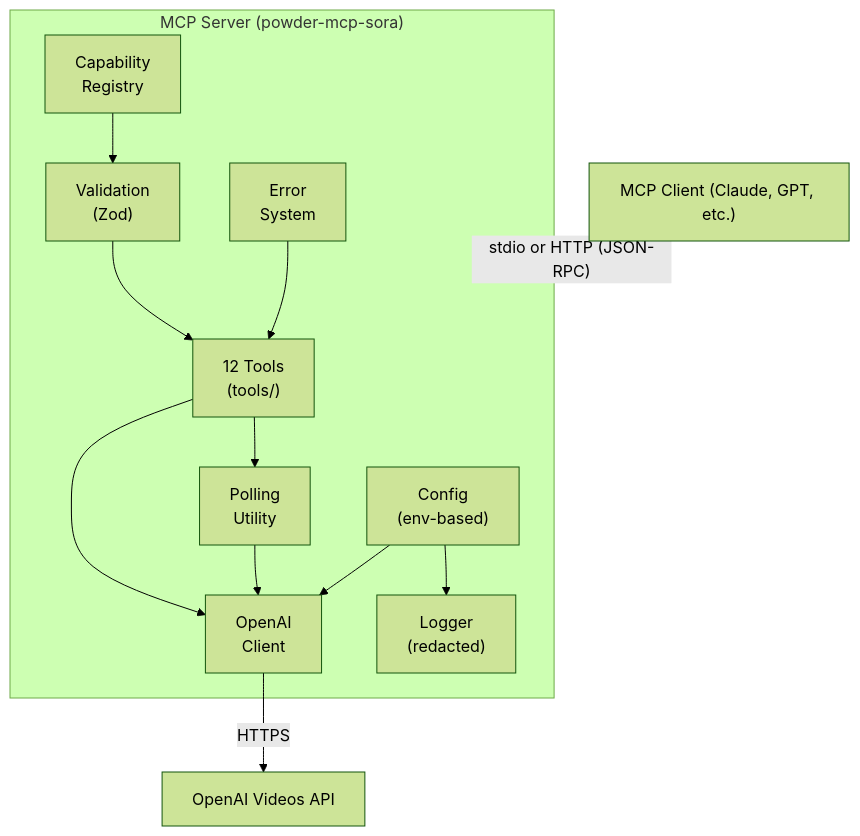
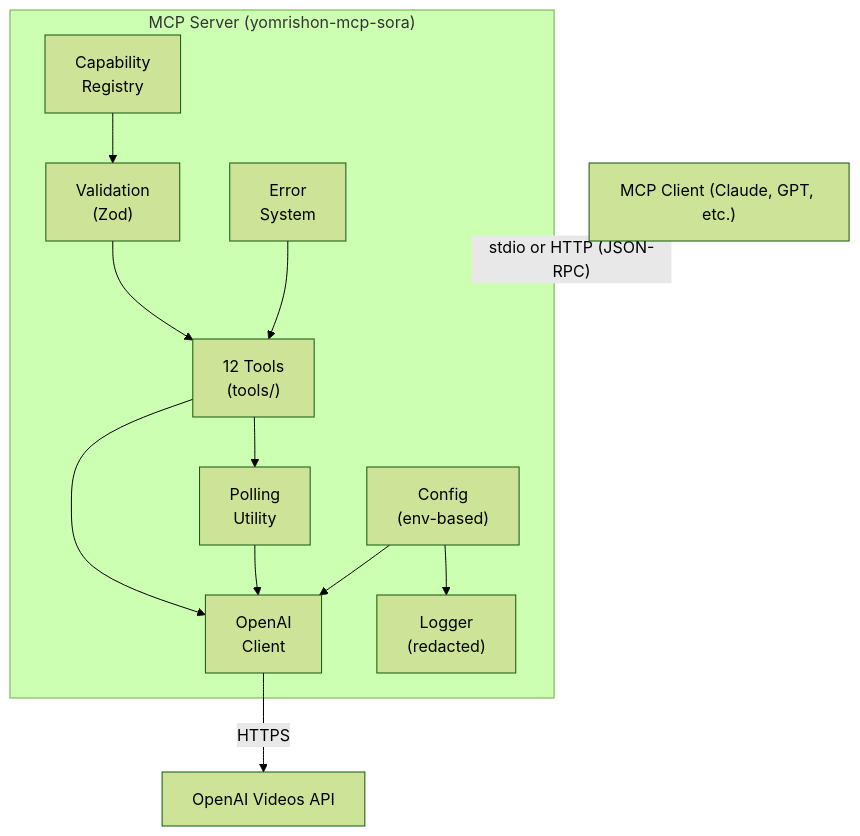
The diagram in README.md (hewlettenterprise/powder-mcp-sora), drawn with Mermaid (forest theme) before and after one commit. The commit also changed other lines of this file and 4 other files, not shown here.

Commit message:
refactor: rename project from powder-mcp-sora to yomrishon-mcp-sora and update related configurations

````diff
--- a/README.md
+++ b/README.md
@@ -11,27 +11,27 @@
 ```mermaid
 graph TD
     Client["MCP Client (Claude, GPT, etc.)"]
     Client -->|"stdio or HTTP (JSON-RPC)"| Server
 
-    subgraph Server["MCP Server (powder-mcp-sora)"]
+    subgraph Server["MCP Server (yomrishon-mcp-sora)"]
         Tools["12 Tools<br/>(tools/)"]
         Validation["Validation<br/>(Zod)"]
         Capabilities["Capability<br/>Registry"]
         OpenAIClient["OpenAI<br/>Client"]
         Polling["Polling<br/>Utility"]
         Logger["Logger<br/>(redacted)"]
         Errors["Error<br/>System"]
         Config["Config<br/>(env-based)"]
 
         Capabilities --> Validation
         Validation --> Tools
         Tools --> OpenAIClient
         Tools --> Polling
         Polling --> OpenAIClient
         Config --> OpenAIClient
         Config --> Logger
         Errors --> Tools
     end
 
     OpenAIClient -->|HTTPS| API["OpenAI Videos API"]
 ```
````
